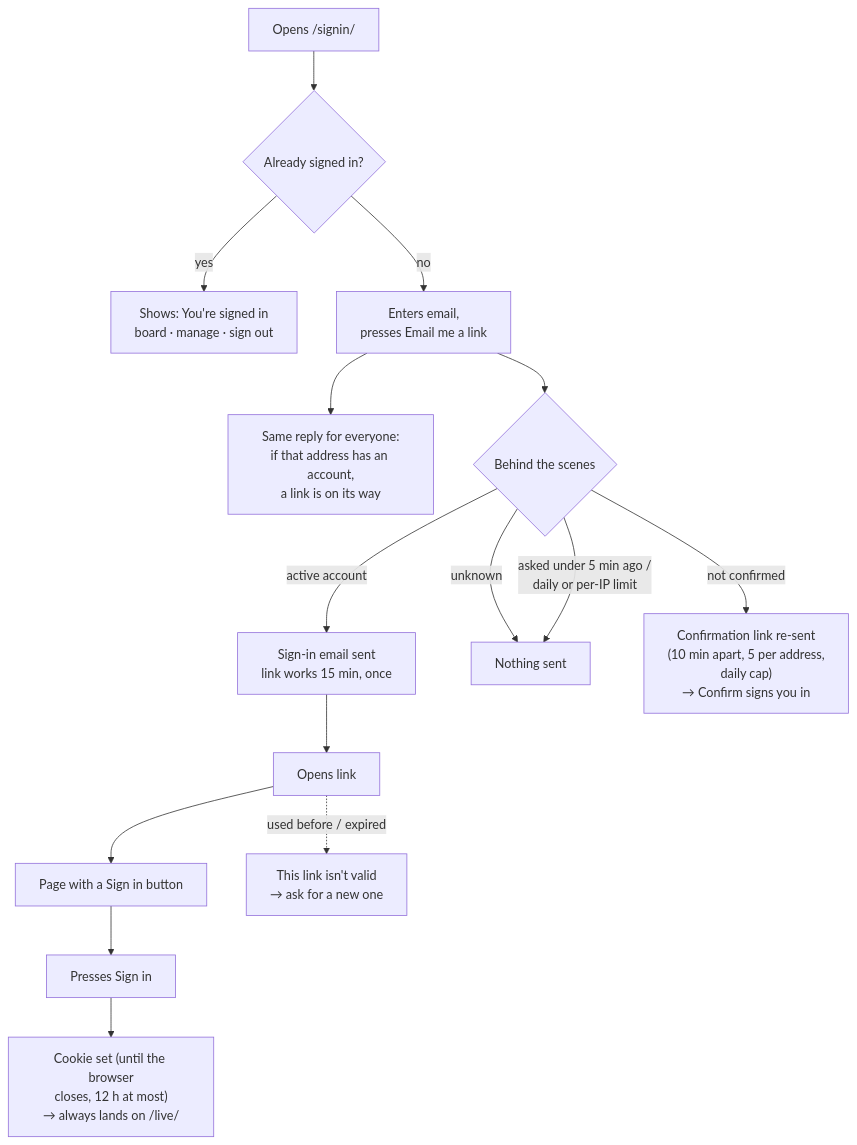
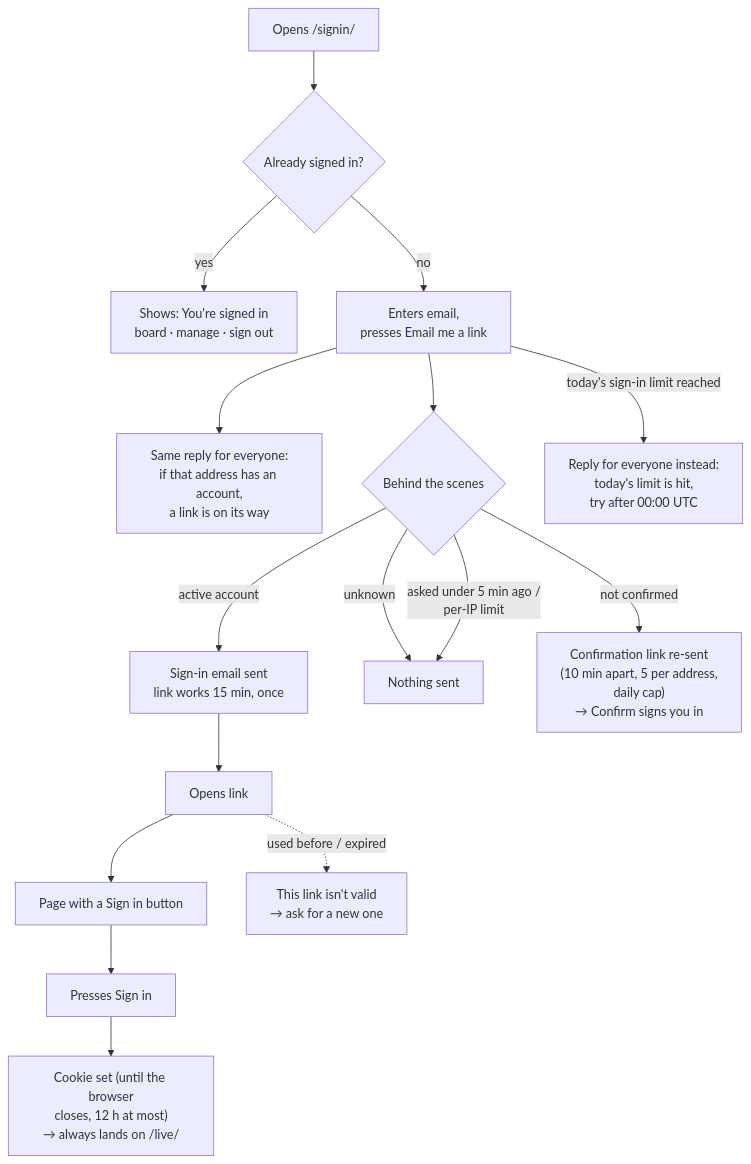
One commit to bhawnamanglapm/travel-problem-radar-case-study changed the second of 4 diagrams in docs/subscriptions/account-flows.md. Above: the diagram before and after it, drawn with Mermaid. The commit also changed 4 other files, not shown here.

Commit message:
Docs: the new replies for an unset cap and the day's sign-in limit

````diff
--- a/docs/subscriptions/account-flows.md
+++ b/docs/subscriptions/account-flows.md
@@ -49,17 +49,18 @@
 ```mermaid
 flowchart TD
   A["Opens /signin/"] --> B{"Already signed in?"}
   B -- yes --> B1["Shows: You're signed in<br/>board · manage · sign out"]
   B -- no --> C["Enters email,<br/>presses Email me a link"]
   C --> R["Same reply for everyone:<br/>if that address has an account,<br/>a link is on its way"]
   C --> D{"Behind the scenes"}
   D -- "active account" --> E["Sign-in email sent<br/>link works 15 min, once"]
   D -- "unknown" --> N["Nothing sent"]
   D -- "not confirmed" --> CF["Confirmation link re-sent<br/>(10 min apart, 5 per address,<br/>daily cap)<br/>→ Confirm signs you in"]
-  D -- "asked under 5 min ago /<br/>daily or per-IP limit" --> N
+  D -- "asked under 5 min ago /<br/>per-IP limit" --> N
+  C -- "today's sign-in limit reached" --> CAP["Reply for everyone instead:<br/>today's limit is hit,<br/>try after 00:00 UTC"]
   E --> F["Opens link"]
   F --> G["Page with a Sign in button"]
   G --> H["Presses Sign in"]
   H --> I["Cookie set (until the browser<br/>closes, 12 h at most)<br/>→ always lands on /live/"]
   F -. "used before / expired" .-> Z["This link isn't valid<br/>→ ask for a new one"]
 ```
````
